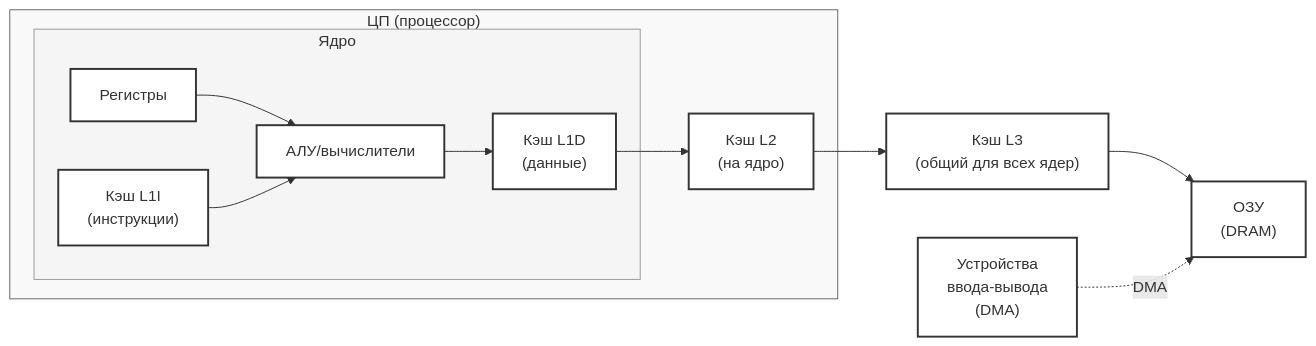
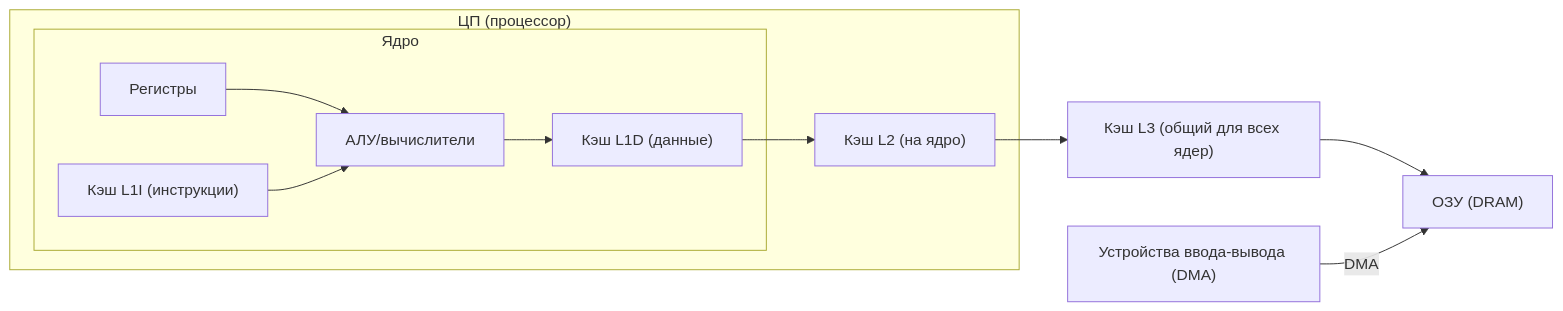
The first of 3 diagrams in лек1.md (4upokabra/asm_lec), drawn with Mermaid before and after one commit. The commit also changed other lines of this file, not shown here.

````diff
--- a/лек1.md
+++ b/лек1.md
@@ -17,38 +17,22 @@
 ```mermaid
 graph LR
-    %% Определение стилей
-    classDef default fill:#fff,stroke:#333,stroke-width:2px
-    classDef cpu fill:#f9f9f9,stroke:#666
-    classDef core fill:#f5f5f5,stroke:#999
-    
-    %% Процессор и ядро
-    subgraph CPU["ЦП (процессор)"]
-        subgraph Core["Ядро"]
-            REG["Регистры"]
-            ALU["АЛУ/вычислители"]
-            L1i["Кэш L1I<br/>(инструкции)"]
-            L1d["Кэш L1D<br/>(данные)"]
-            
-            %% Связи внутри ядра
-            REG --> ALU
-            L1i --> ALU
-            ALU --> L1d
-        end
-        L2["Кэш L2<br/>(на ядро)"]
+  subgraph CPU["ЦП (процессор)"]
+    subgraph Core1["Ядро"]
+      REG["Регистры"]
+      ALU["АЛУ/вычислители"]
+      L1i["Кэш L1I (инструкции)"]
+      L1d["Кэш L1D (данные)"]
+      REG-->ALU
+      L1i-->ALU
+      ALU-->L1d
     end
-    
-    %% Внешние компоненты
-    L3["Кэш L3<br/>(общий для всех ядер)"]
-    MEM["ОЗУ<br/>(DRAM)"]
-    IO["Устройства<br/>ввода-вывода<br/>(DMA)"]
-    
-    %% Связи между компонентами
-    L1d --> L2
-    L2 --> L3
-    L3 --> MEM
-    IO -. "DMA" .-> MEM
-    
-    %% Применение стилей
-    class CPU cpu
-    class Core core
+    L2["Кэш L2 (на ядро)"]
+  end
+  L3["Кэш L3 (общий для всех ядер)"]
+  MEM["ОЗУ (DRAM)"]
+  IO["Устройства ввода-вывода (DMA)"]
+  L1d-->L2
+  L2-->L3
+  L3-->MEM
+  IO--"DMA"-->MEM
 ```
````
